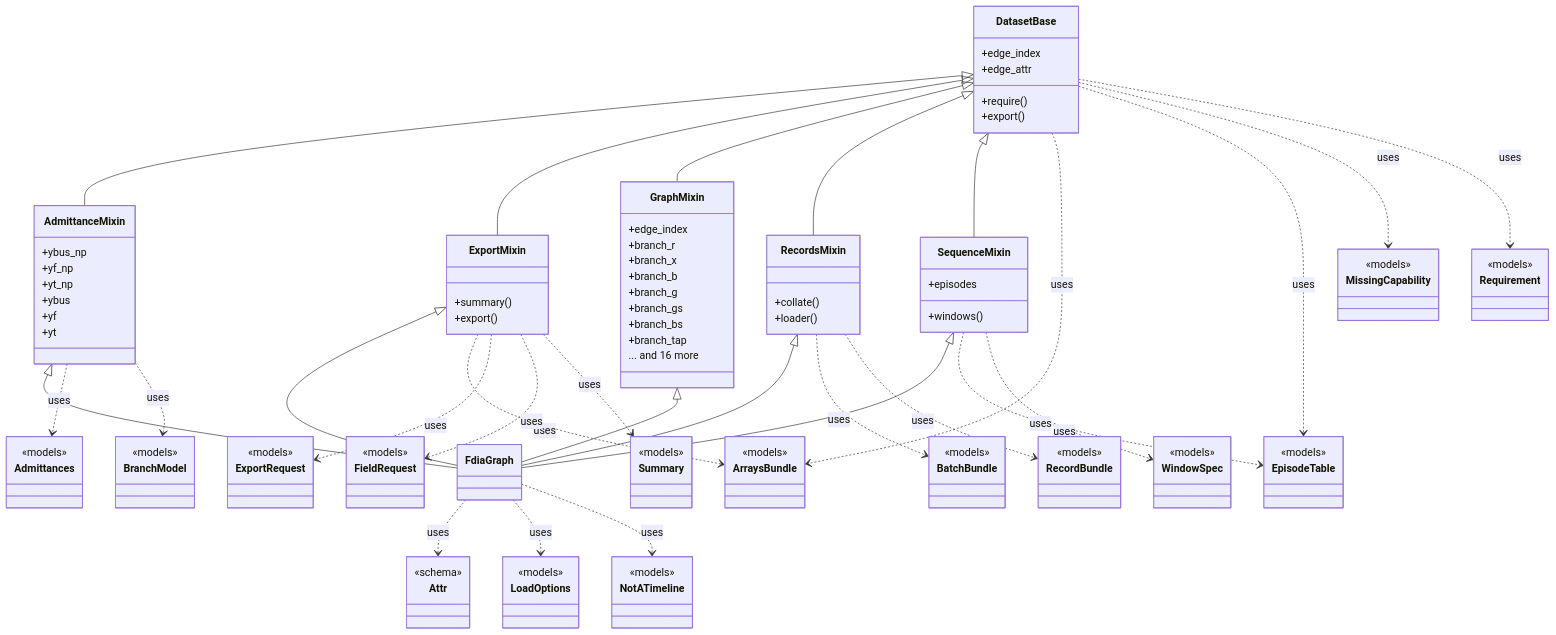
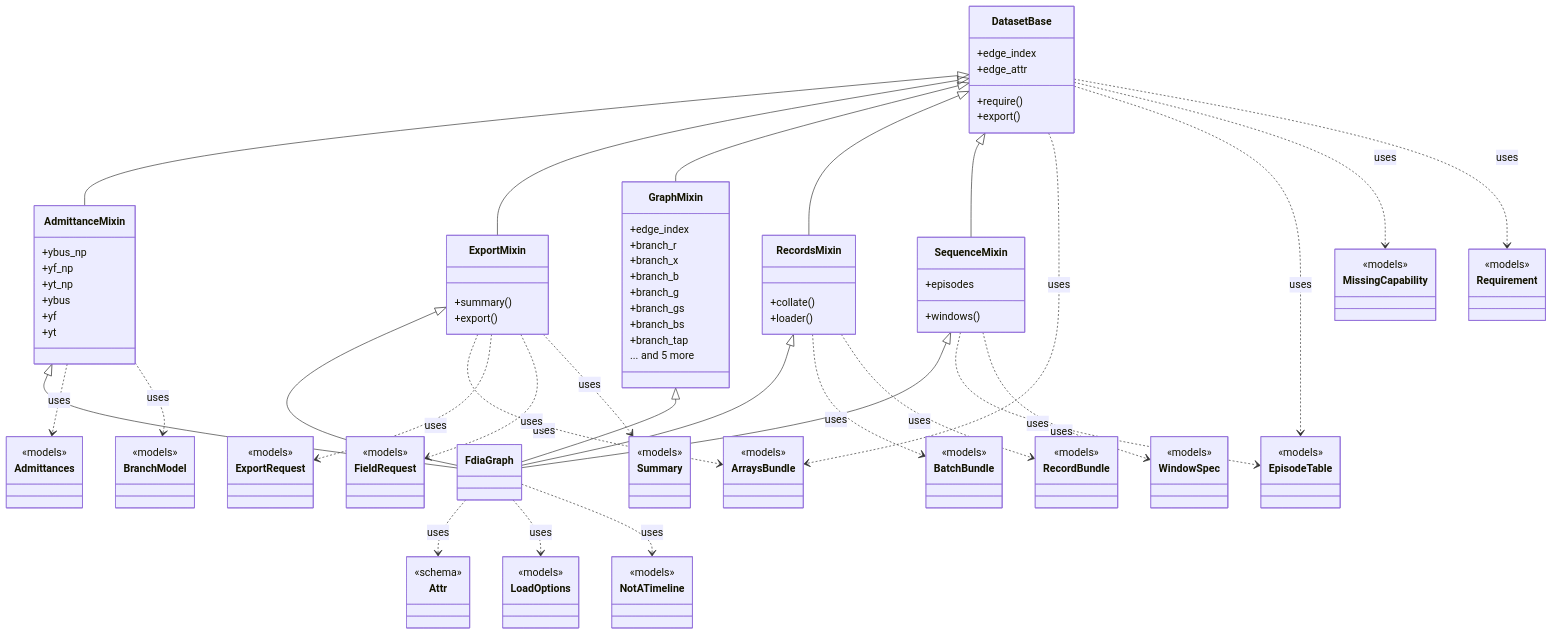
One commit to myersben9/fdia-graph changed the diagram in docs/figures/diagrams/classes_dataset.mmd. Above: the diagram before and after it, drawn with Mermaid. The commit also changed 22 other files, not shown here.

```diff
--- a/docs/figures/diagrams/classes_dataset.mmd
+++ b/docs/figures/diagrams/classes_dataset.mmd
@@ -1,112 +1,112 @@
 classDiagram
     class DatasetBase {
         +require()
         +edge_index
         +edge_attr
         +export()
     }
     class GraphMixin {
         +edge_index
         +branch_r
         +branch_x
         +branch_b
         +branch_g
         +branch_gs
         +branch_bs
         +branch_tap
-        ... and 16 more
+        ... and 5 more
     }
     class AdmittanceMixin {
         +ybus_np
         +yf_np
         +yt_np
         +ybus
         +yf
         +yt
     }
     class RecordsMixin {
         +collate()
         +loader()
     }
     class ExportMixin {
         +summary()
         +export()
     }
     class SequenceMixin {
         +windows()
         +episodes
     }
     class FdiaGraph {
     }
     class Admittances {
         <<models>>
     }
     class ArraysBundle {
         <<models>>
     }
     class Attr {
         <<schema>>
     }
     class BatchBundle {
         <<models>>
     }
     class BranchModel {
         <<models>>
     }
     class EpisodeTable {
         <<models>>
     }
     class ExportRequest {
         <<models>>
     }
     class FieldRequest {
         <<models>>
     }
     class LoadOptions {
         <<models>>
     }
     class MissingCapability {
         <<models>>
     }
     class NotATimeline {
         <<models>>
     }
     class RecordBundle {
         <<models>>
     }
     class Requirement {
         <<models>>
     }
     class Summary {
         <<models>>
     }
     class WindowSpec {
         <<models>>
     }
     AdmittanceMixin <|-- FdiaGraph
     DatasetBase <|-- AdmittanceMixin
     DatasetBase <|-- ExportMixin
     DatasetBase <|-- GraphMixin
     DatasetBase <|-- RecordsMixin
     DatasetBase <|-- SequenceMixin
     ExportMixin <|-- FdiaGraph
     GraphMixin <|-- FdiaGraph
     RecordsMixin <|-- FdiaGraph
     SequenceMixin <|-- FdiaGraph
     AdmittanceMixin ..> Admittances : uses
     AdmittanceMixin ..> BranchModel : uses
     DatasetBase ..> ArraysBundle : uses
     DatasetBase ..> EpisodeTable : uses
     DatasetBase ..> MissingCapability : uses
     DatasetBase ..> Requirement : uses
     ExportMixin ..> ArraysBundle : uses
     ExportMixin ..> ExportRequest : uses
     ExportMixin ..> FieldRequest : uses
     ExportMixin ..> Summary : uses
     FdiaGraph ..> Attr : uses
     FdiaGraph ..> LoadOptions : uses
     FdiaGraph ..> NotATimeline : uses
     RecordsMixin ..> BatchBundle : uses
     RecordsMixin ..> RecordBundle : uses
     SequenceMixin ..> EpisodeTable : uses
     SequenceMixin ..> WindowSpec : uses
```
